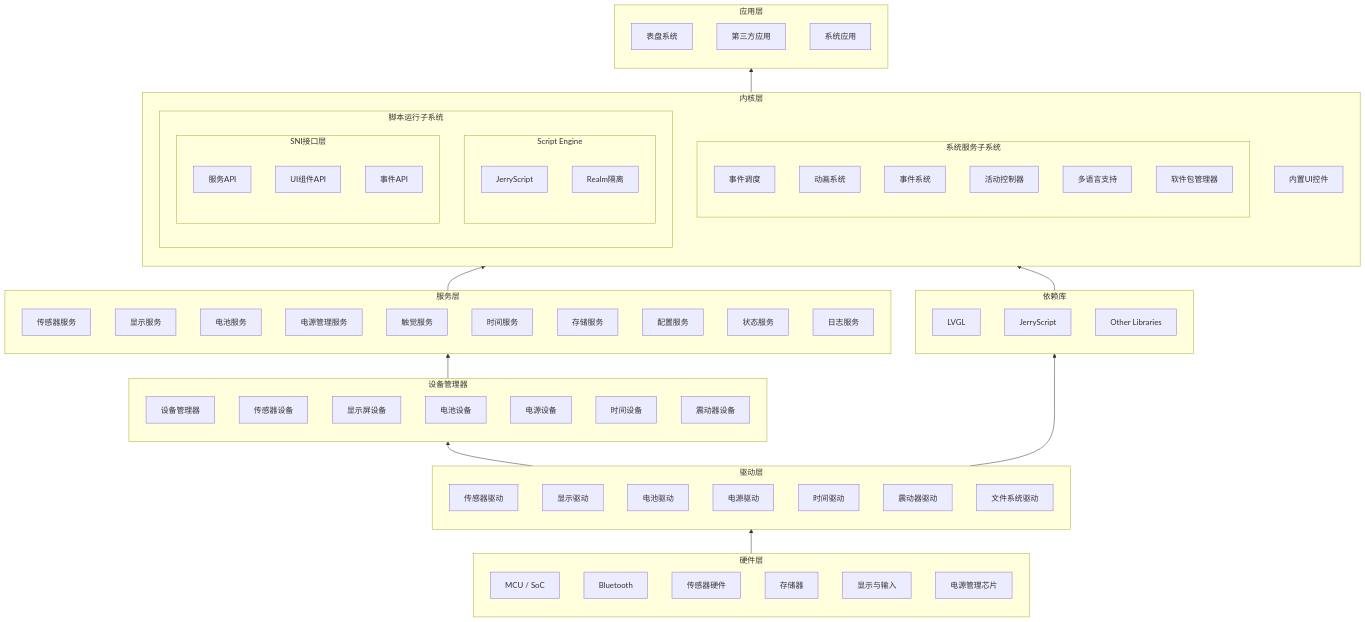
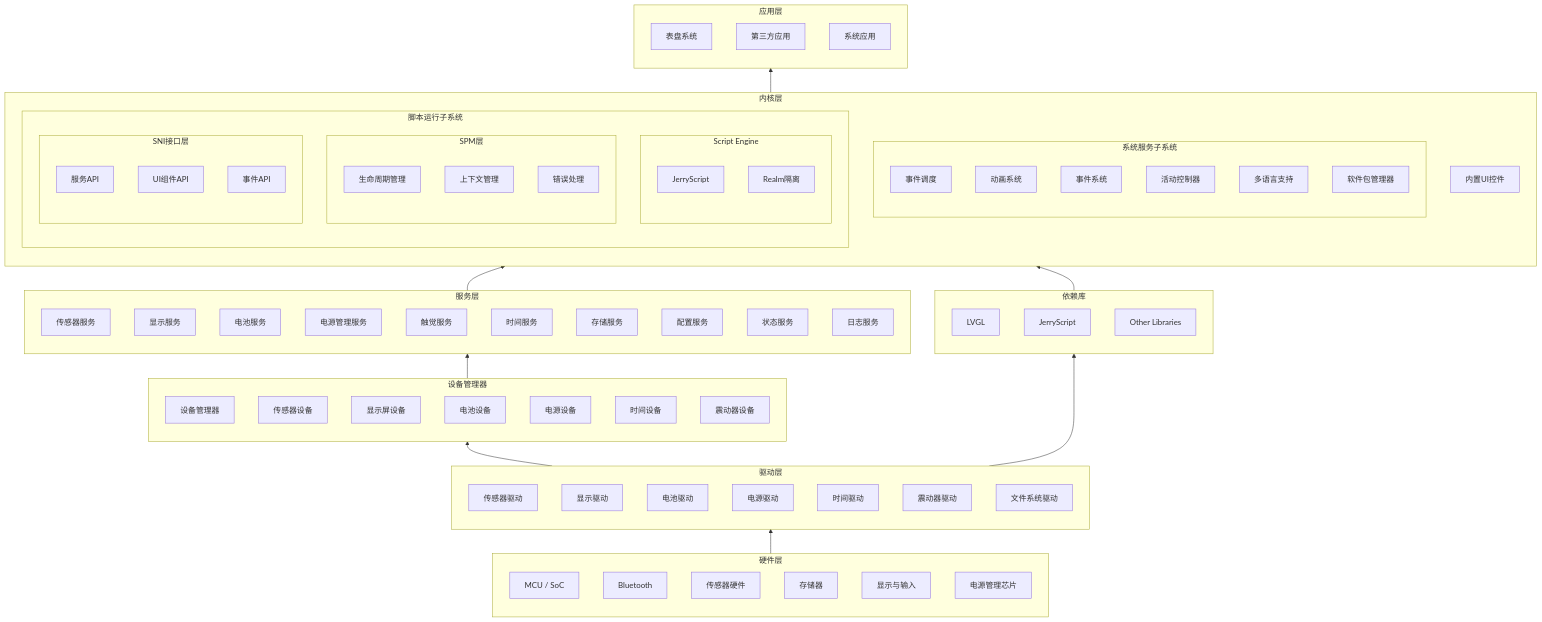
One commit to fossabot/ElenixOS-Docs changed the first of 5 diagrams in docs/architecture/arch.mdx. Above: the diagram before and after it, drawn with Mermaid. The commit also changed other lines of this file and 47 other files, not shown here.

First line of the commit message:
docs: Update multiple documentation files and add architecture and component documentation

```diff
--- a/docs/architecture/arch.mdx
+++ b/docs/architecture/arch.mdx
@@ -33,6 +33,12 @@
                 direction BT
                 JERRY["JerryScript"]
                 REALM["Realm隔离"]
+            end
+            subgraph SPM["SPM层"]
+                direction BT
+                SPM_LIFECYCLE["生命周期管理"]
+                SPM_CONTEXT["上下文管理"]
+                SPM_ERROR["错误处理"]
             end
             subgraph SNI["SNI接口层"]
                 direction BT
```
